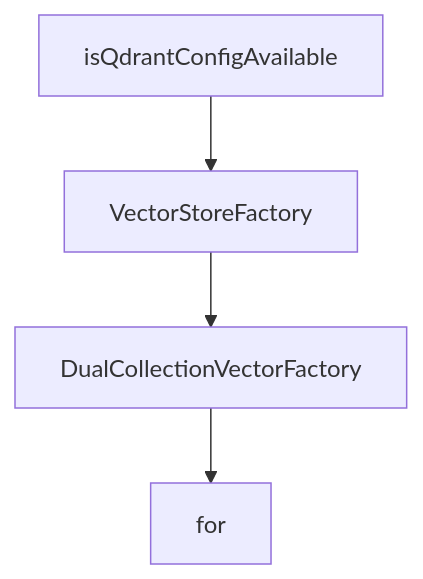
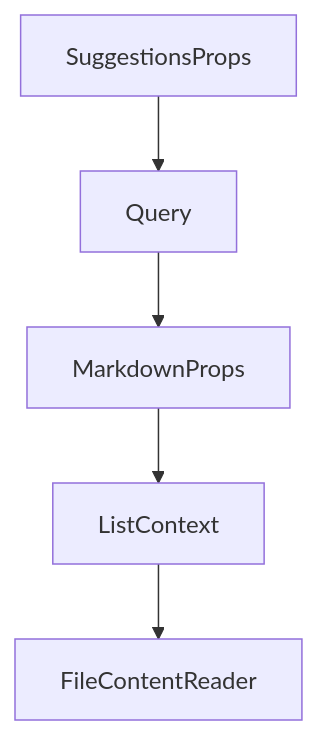
Before and after one commit to johnxie/awesome-code-docs: the diagram in tutorials/cipher-tutorial/05-vector-stores-and-workspace-memory.md, drawn with Mermaid. The commit also changed other lines of this file and 1232 other files, not shown here.

````diff
--- a/tutorials/cipher-tutorial/05-vector-stores-and-workspace-memory.md
+++ b/tutorials/cipher-tutorial/05-vector-stores-and-workspace-memory.md
@@ -185,10 +205,12 @@
 ```mermaid
 flowchart TD
-    A[isQdrantConfigAvailable]
-    B[VectorStoreFactory]
-    C[DualCollectionVectorFactory]
-    D[for]
+    A[SuggestionsProps]
+    B[Query]
+    C[MarkdownProps]
+    D[ListContext]
+    E[FileContentReader]
     A --> B
     B --> C
     C --> D
+    D --> E
 ```
````
